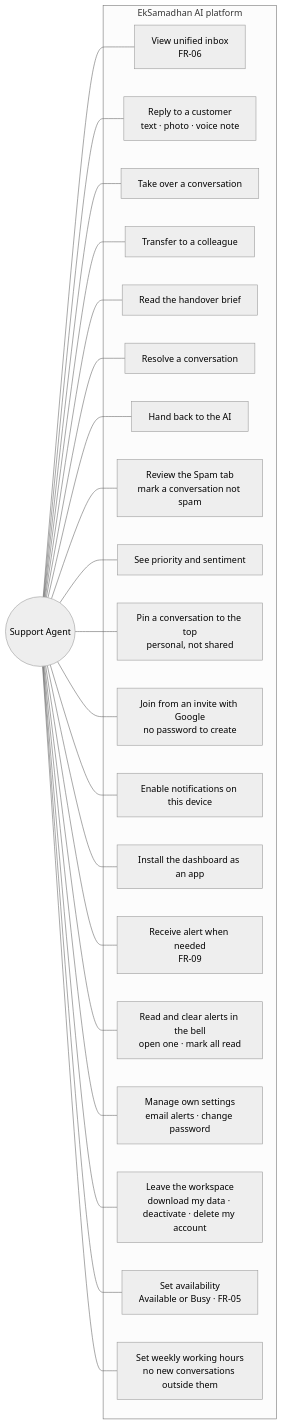
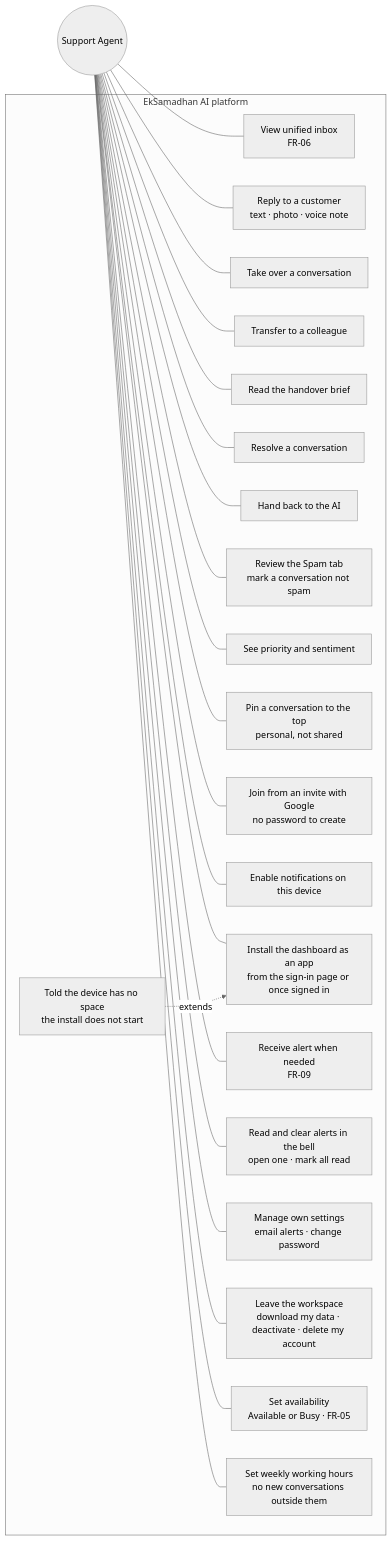
The second of 5 diagrams in docs/system-design/new-system-design/use-case/README.md (SayubShakya/eksamadhan-ai), drawn with Mermaid (neutral theme) before and after one commit. The commit also changed 31 other files, not shown here.

Commit message:
fix: show AI is typing on phones behind the tunnel; update diagrams

````diff
--- a/docs/system-design/new-system-design/use-case/README.md
+++ b/docs/system-design/new-system-design/use-case/README.md
@@ -53,44 +53,46 @@
 ```mermaid
 flowchart LR
     agent(("Support Agent"))
     subgraph s2["EkSamadhan AI platform"]
         b1["View unified inbox<br/>FR-06"]
         b2["Reply to a customer<br/>text · photo · voice note"]
         b3["Take over a conversation"]
         b4["Transfer to a colleague"]
         b5["Read the handover brief"]
         b6["Resolve a conversation"]
         b10["Hand back to the AI"]
         b11["Review the Spam tab<br/>mark a conversation not spam"]
         b12["See priority and sentiment"]
         b18["Pin a conversation to the top<br/>personal, not shared"]
         b13["Join from an invite with Google<br/>no password to create"]
         b7["Enable notifications on this device"]
-        b14["Install the dashboard as an app"]
+        b14["Install the dashboard as an app<br/>from the sign-in page or once signed in"]
+        b20["Told the device has no space<br/>the install does not start"]
         b8["Receive alert when needed<br/>FR-09"]
         b15["Read and clear alerts in the bell<br/>open one · mark all read"]
         b16["Manage own settings<br/>email alerts · change password"]
         b17["Leave the workspace<br/>download my data · deactivate · delete my account"]
         b9["Set availability<br/>Available or Busy · FR-05"]
         b19["Set weekly working hours<br/>no new conversations outside them"]
     end
     agent --- b1
     agent --- b2
     agent --- b3
     agent --- b4
     agent --- b5
     agent --- b6
     agent --- b10
     agent --- b11
     agent --- b12
     agent --- b13
     agent --- b7
     agent --- b14
     agent --- b8
     agent --- b15
     agent --- b16
     agent --- b17
     agent --- b18
     agent --- b19
     agent --- b9
+    b20 -.->|"extends"| b14
 ```
````
